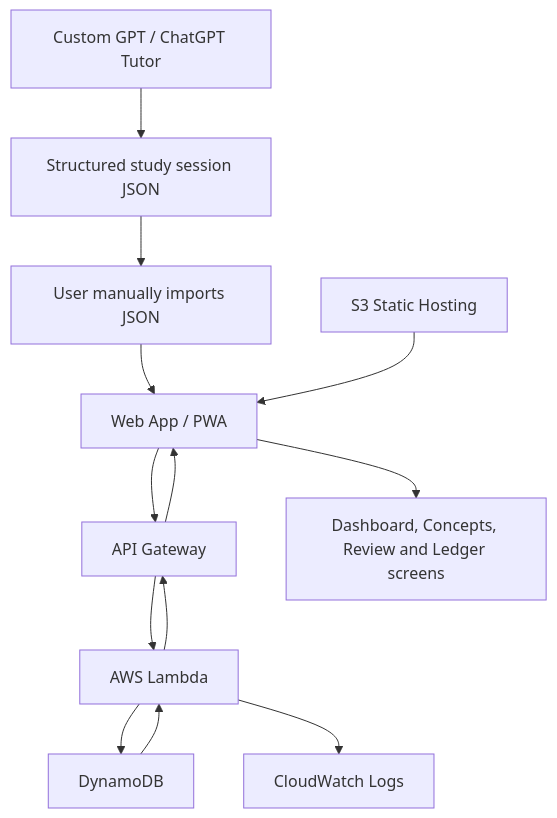
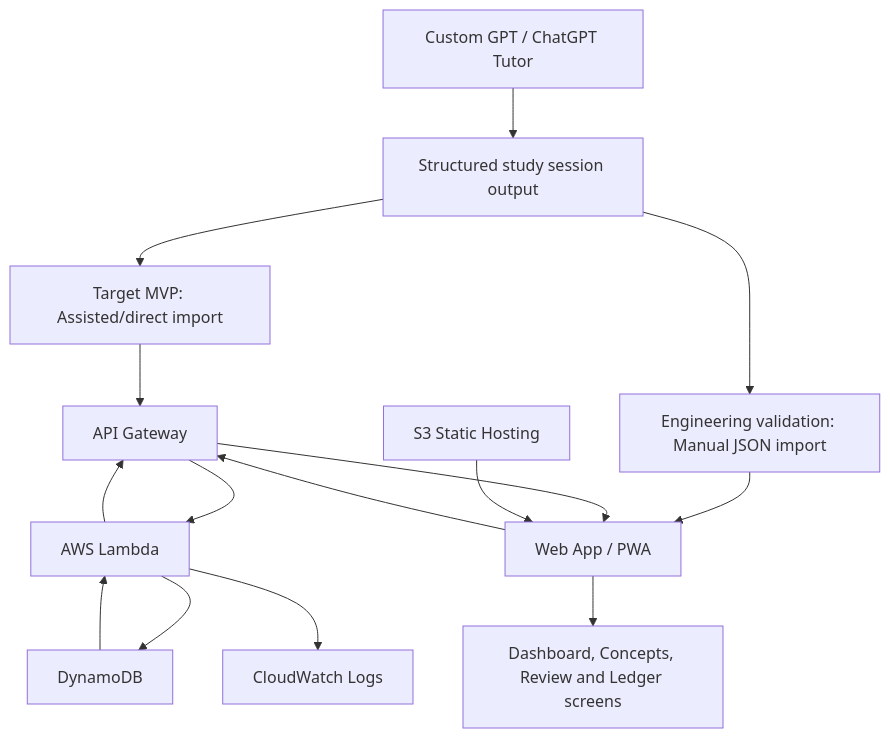
The fourth of 8 diagrams in docs/DIAGRAMS.md (JuanRoBe3/zhongwenlock), drawn with Mermaid before and after one commit. The commit also changed other lines of this file, not shown here.

Commit message:
docs(architecture): separate validation path from target mvp

````diff
--- a/docs/DIAGRAMS.md
+++ b/docs/DIAGRAMS.md
@@ -70,19 +151,24 @@
 ```mermaid
 flowchart TD
-    GPT[Custom GPT / ChatGPT Tutor] --> JSON[Structured study session JSON]
-    JSON --> USER[User manually imports JSON]
-    USER --> WEB[Web App / PWA]
+    GPT[Custom GPT / ChatGPT Tutor] --> OUTPUT[Structured study session output]
 
+    OUTPUT --> GPT_IMPORT[Target MVP: Assisted/direct import]
+    OUTPUT --> MANUAL_IMPORT[Engineering validation: Manual JSON import]
+
+    MANUAL_IMPORT --> WEB[Web App / PWA]
     WEB --> API[API Gateway]
+
+    GPT_IMPORT --> API
+
     API --> LAMBDA[AWS Lambda]
     LAMBDA --> DB[DynamoDB]
 
     DB --> LAMBDA
     LAMBDA --> API
     API --> WEB
 
     WEB --> UI[Dashboard, Concepts, Review and Ledger screens]
 
+    S3[S3 Static Hosting] --> WEB
     LAMBDA --> CW[CloudWatch Logs]
-    S3[S3 Static Hosting] --> WEB
 ```
````
